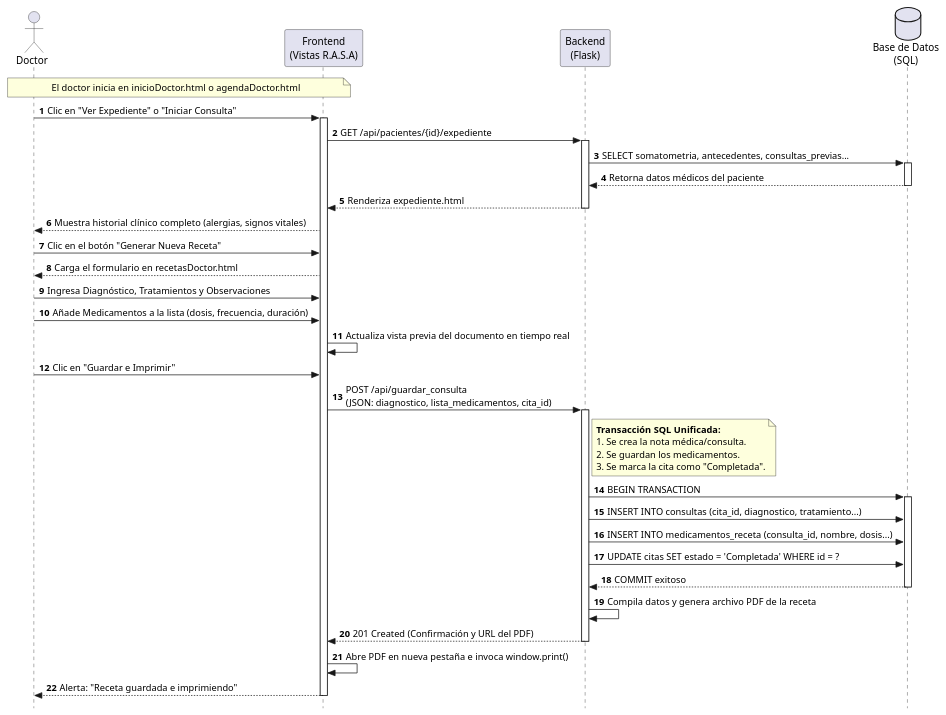
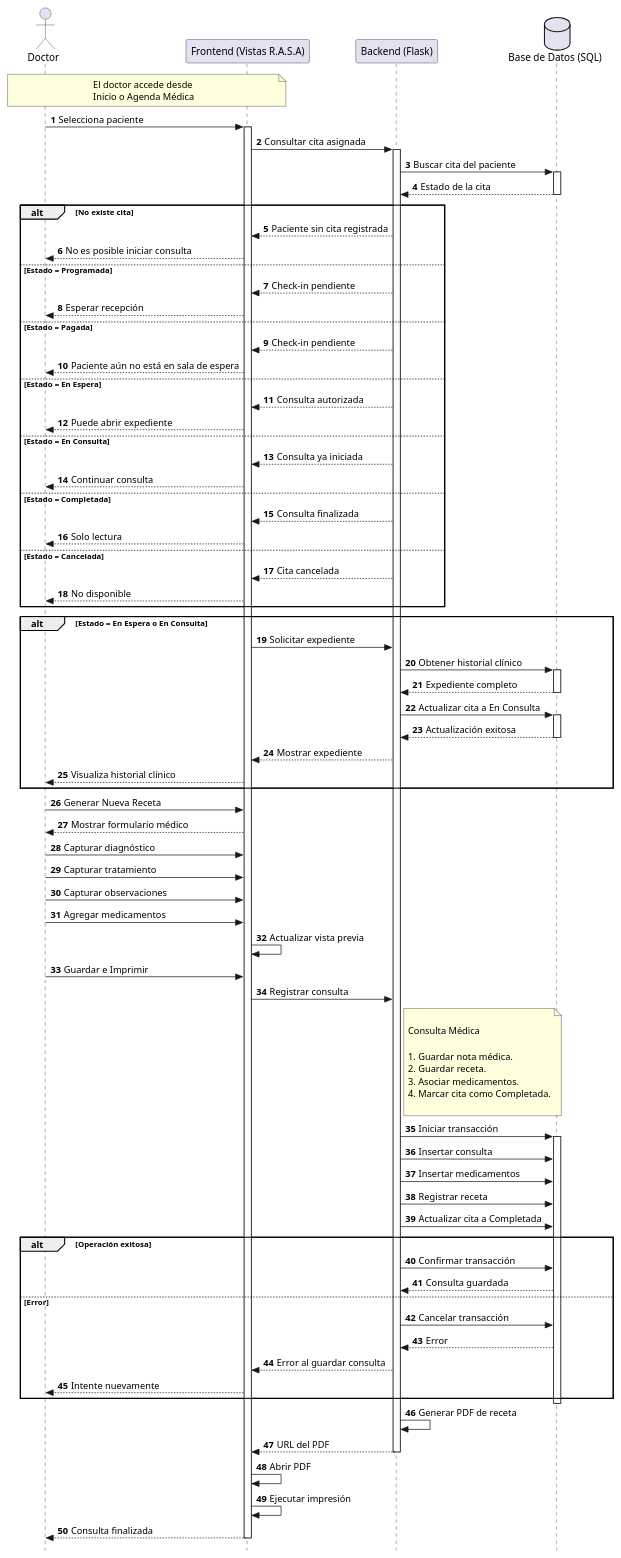
The diagram in DiagramasSecuencia/Doctor/atenderCita.puml (AlgorithmQuantum/Proyecto), drawn with PlantUML before and after one commit. The commit also changed 11 other files, not shown here.

Commit message:
correciones del los diagramas

```diff
--- a/DiagramasSecuencia/Doctor/atenderCita.puml
+++ b/DiagramasSecuencia/Doctor/atenderCita.puml
@@ -1,66 +1,179 @@
 @startuml atender_cita_v2
+
 skinparam style strictuml
+
 autonumber
 
 actor Doctor
-participant "Frontend\n(Vistas R.A.S.A)" as UI
-participant "Backend\n(Flask)" as Flask
-database "Base de Datos\n(SQL)" as BD
+participant "Frontend (Vistas R.A.S.A)" as UI
+participant "Backend (Flask)" as Flask
+database "Base de Datos (SQL)" as BD
 
-' 1. Inicio desde el Dashboard o Agenda
-note over Doctor, UI: El doctor inicia en inicioDoctor.html o agendaDoctor.html
-Doctor -> UI: Clic en "Ver Expediente" o "Iniciar Consulta"
+note over Doctor,UI
+El doctor accede desde
+Inicio o Agenda Médica
+end note
+
+Doctor -> UI: Selecciona paciente
+
 activate UI
 
-' 2. Carga del Expediente
-UI -> Flask: GET /api/pacientes/{id}/expediente
+UI -> Flask: Consultar cita asignada
+
 activate Flask
-Flask -> BD: SELECT somatometria, antecedentes, consultas_previas...
+
+Flask -> BD: Buscar cita del paciente
+
 activate BD
-BD --> Flask: Retorna datos médicos del paciente
+
+BD --> Flask: Estado de la cita
+
 deactivate BD
-Flask --> UI: Renderiza expediente.html
+
+alt No existe cita
+
+    Flask --> UI: Paciente sin cita registrada
+
+    UI --> Doctor: No es posible iniciar consulta
+
+else Estado = Programada
+
+    Flask --> UI: Check-in pendiente
+
+    UI --> Doctor: Esperar recepción
+
+else Estado = Pagada
+
+    Flask --> UI: Check-in pendiente
+
+    UI --> Doctor: Paciente aún no está en sala de espera
+
+else Estado = En Espera
+
+    Flask --> UI: Consulta autorizada
+
+    UI --> Doctor: Puede abrir expediente
+
+else Estado = En Consulta
+
+    Flask --> UI: Consulta ya iniciada
+
+    UI --> Doctor: Continuar consulta
+
+else Estado = Completada
+
+    Flask --> UI: Consulta finalizada
+
+    UI --> Doctor: Solo lectura
+
+else Estado = Cancelada
+
+    Flask --> UI: Cita cancelada
+
+    UI --> Doctor: No disponible
+
+end
+
+
+alt Estado = En Espera o En Consulta
+
+    UI -> Flask: Solicitar expediente
+
+    Flask -> BD: Obtener historial clínico
+
+    activate BD
+
+    BD --> Flask: Expediente completo
+
+    deactivate BD
+
+    Flask -> BD: Actualizar cita a En Consulta
+
+    activate BD
+
+    BD --> Flask: Actualización exitosa
+
+    deactivate BD
+
+    Flask --> UI: Mostrar expediente
+
+    UI --> Doctor: Visualiza historial clínico
+
+end
+
+Doctor -> UI: Generar Nueva Receta
+
+UI --> Doctor: Mostrar formulario médico
+
+Doctor -> UI: Capturar diagnóstico
+
+Doctor -> UI: Capturar tratamiento
+
+Doctor -> UI: Capturar observaciones
+
+Doctor -> UI: Agregar medicamentos
+
+UI -> UI: Actualizar vista previa
+
+Doctor -> UI: Guardar e Imprimir
+
+UI -> Flask: Registrar consulta
+
+note right of Flask
+
+  Consulta Médica
+
+  1. Guardar nota médica.
+  2. Guardar receta.
+  3. Asociar medicamentos.
+  4. Marcar cita como Completada.
+
+end note
+
+Flask -> BD: Iniciar transacción
+
+activate BD
+
+Flask -> BD: Insertar consulta
+
+Flask -> BD: Insertar medicamentos
+
+Flask -> BD: Registrar receta
+
+Flask -> BD: Actualizar cita a Completada
+
+alt Operación exitosa
+
+    Flask -> BD: Confirmar transacción
+
+    BD --> Flask: Consulta guardada
+
+else Error
+
+    Flask -> BD: Cancelar transacción
+
+    BD --> Flask: Error
+
+    Flask --> UI: Error al guardar consulta
+
+    UI --> Doctor: Intente nuevamente
+
+end
+
+deactivate BD
+
+Flask -> Flask: Generar PDF de receta
+
+Flask --> UI: URL del PDF
+
 deactivate Flask
 
-UI --> Doctor: Muestra historial clínico completo (alergias, signos vitales)
+UI -> UI: Abrir PDF
 
-' 3. Transición a Receta (Atención Médica)
-Doctor -> UI: Clic en el botón "Generar Nueva Receta"
-UI --> Doctor: Carga el formulario en recetasDoctor.html
+UI -> UI: Ejecutar impresión
 
-' 4. Llenado del formulario médico
-Doctor -> UI: Ingresa Diagnóstico, Tratamientos y Observaciones
-Doctor -> UI: Añade Medicamentos a la lista (dosis, frecuencia, duración)
-UI -> UI: Actualiza vista previa del documento en tiempo real
+UI --> Doctor: Consulta finalizada
 
-' 5. Guardado y finalización
-Doctor -> UI: Clic en "Guardar e Imprimir"
-UI -> Flask: POST /api/guardar_consulta\n(JSON: diagnostico, lista_medicamentos, cita_id)
-activate Flask
-
-' 6. Transacción SQL
-note right of Flask
-  **Transacción SQL Unificada:**
-  1. Se crea la nota médica/consulta.
-  2. Se guardan los medicamentos.
-  3. Se marca la cita como "Completada".
-end note
-
-Flask -> BD: BEGIN TRANSACTION
-activate BD
-Flask -> BD: INSERT INTO consultas (cita_id, diagnostico, tratamiento...)
-Flask -> BD: INSERT INTO medicamentos_receta (consulta_id, nombre, dosis...)
-Flask -> BD: UPDATE citas SET estado = 'Completada' WHERE id = ?
-BD --> Flask: COMMIT exitoso
-deactivate BD
-
-' 7. Generación de Receta Final
-Flask -> Flask: Compila datos y genera archivo PDF de la receta
-Flask --> UI: 201 Created (Confirmación y URL del PDF)
-deactivate Flask
-
-UI -> UI: Abre PDF en nueva pestaña e invoca window.print()
-UI --> Doctor: Alerta: "Receta guardada e imprimiendo"
 deactivate UI
 
 @enduml
```
